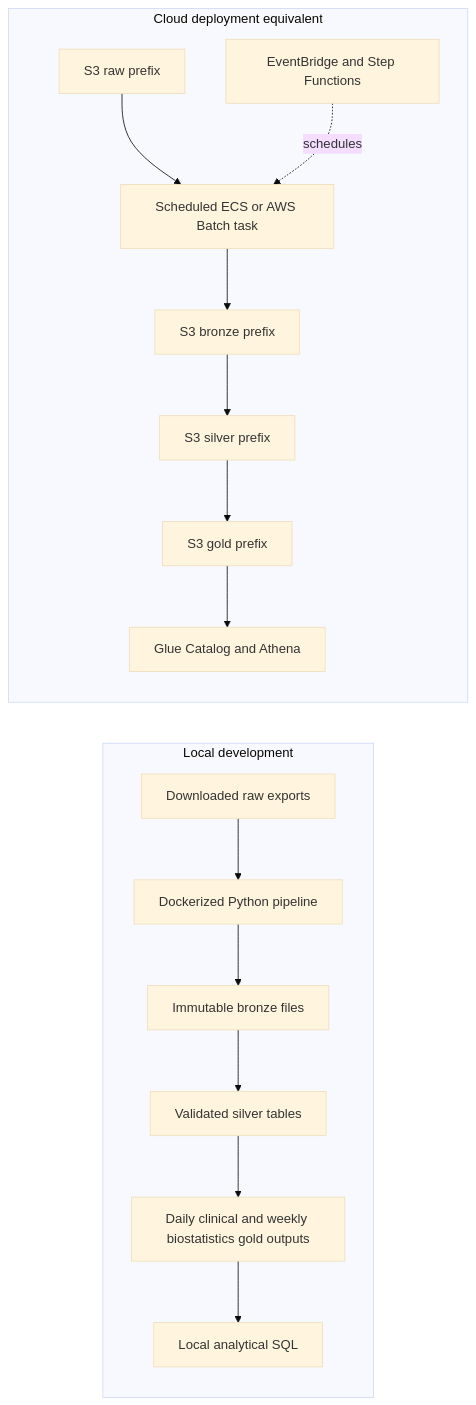
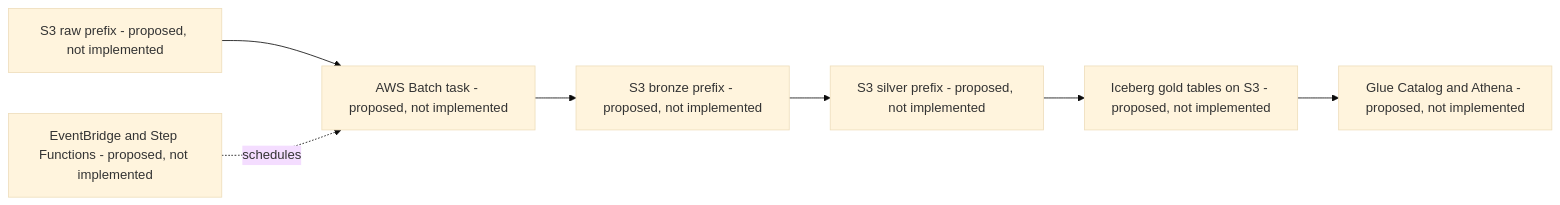
One commit to MikeMadeira/wearable-health-data-pipeline changed the second of 2 diagrams in README.md. Above: the diagram before and after it, drawn with Mermaid (base theme). The commit also changed other lines of this file and 10 other files, not shown here.

````diff
--- a/README.md
+++ b/README.md
@@ -101,23 +184,12 @@
 ```mermaid
 flowchart LR
-  subgraph Local[Local development]
-    LRaw[Downloaded raw exports]
-    LRun[Dockerized Python pipeline]
-    LBronze[Immutable bronze files]
-    LSilver[Validated silver tables]
-    LGold[Daily clinical and weekly biostatistics gold outputs]
-    LQuery[Local analytical SQL]
-    LRaw --> LRun --> LBronze --> LSilver --> LGold --> LQuery
-  end
-  subgraph Cloud[Cloud deployment equivalent]
-    CRaw[S3 raw prefix]
-    CRun[Scheduled ECS or AWS Batch task]
-    CBronze[S3 bronze prefix]
-    CSilver[S3 silver prefix]
-    CGold[S3 gold prefix]
-    CQuery[Glue Catalog and Athena]
-    CSchedule[EventBridge and Step Functions]
-    CRaw --> CRun --> CBronze --> CSilver --> CGold --> CQuery
-    CSchedule -. schedules .-> CRun
-  end
+  CRaw[S3 raw prefix - proposed, not implemented]
+  CBronze[S3 bronze prefix - proposed, not implemented]
+  CSilver[S3 silver prefix - proposed, not implemented]
+  CGold[Iceberg gold tables on S3 - proposed, not implemented]
+  CRun[AWS Batch task - proposed, not implemented]
+  CCat[Glue Catalog and Athena - proposed, not implemented]
+  CSched[EventBridge and Step Functions - proposed, not implemented]
+  CRaw --> CRun --> CBronze --> CSilver --> CGold --> CCat
+  CSched -. schedules .-> CRun
 ```
````
